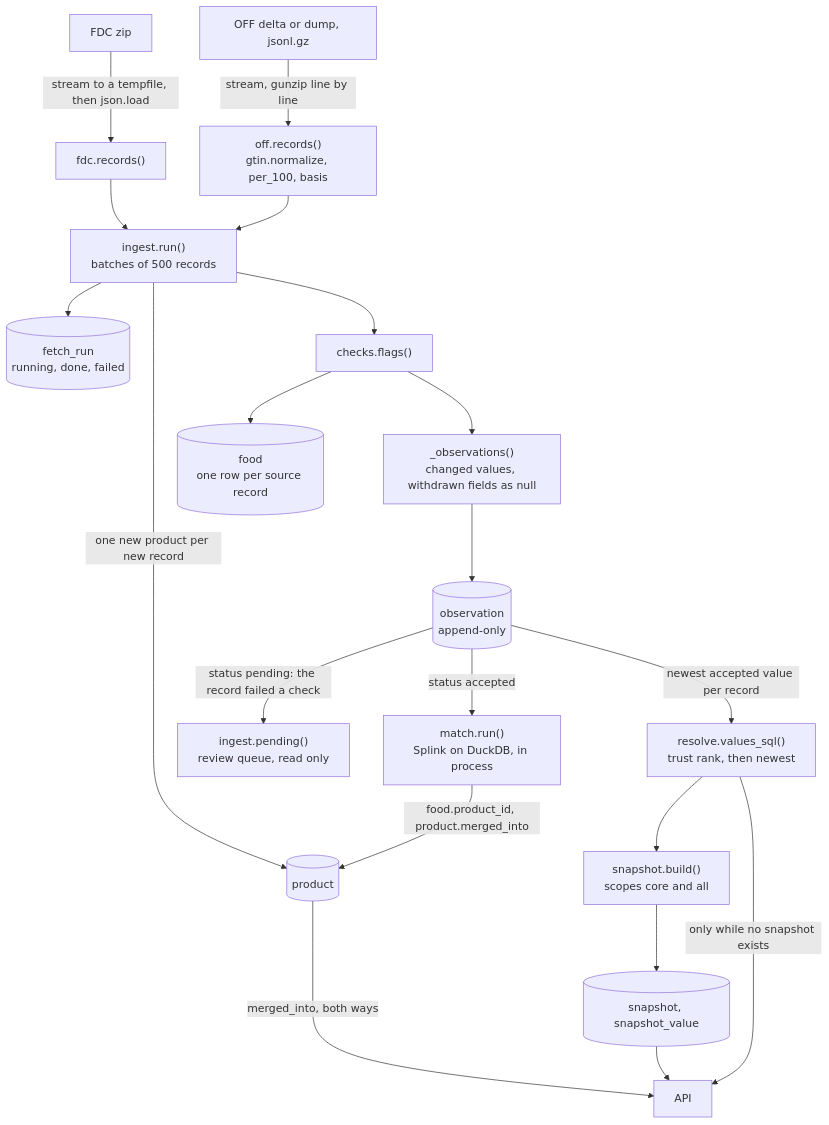
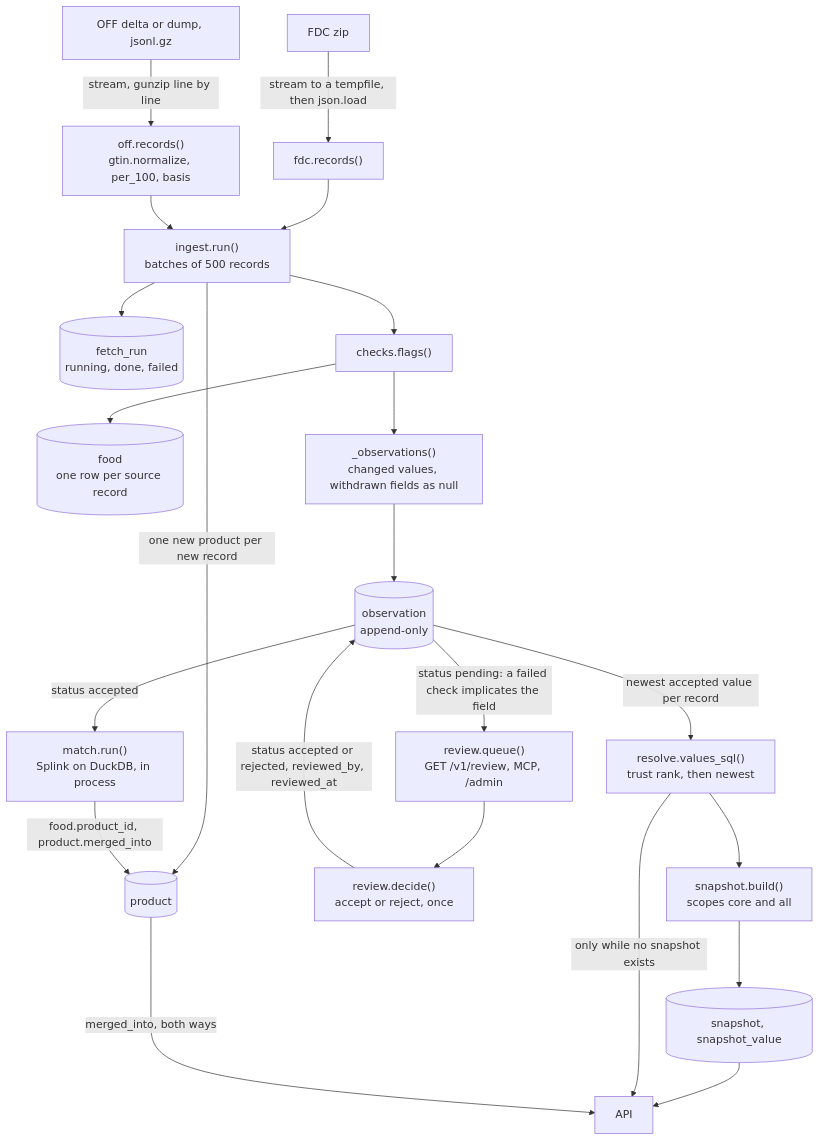
One commit to eait-fit/fooddb changed the third of 10 diagrams in docs/architecture.md. Above: the diagram before and after it, drawn with Mermaid. The commit also changed other lines of this file and 14 other files, not shown here.

First line of the commit message:
feat: review loop: per-field pending, accept/reject via API, MCP and SQLAdmin (#22)

````diff
--- a/docs/architecture.md
+++ b/docs/architecture.md
@@ -112,22 +115,24 @@
 ```mermaid
 flowchart TD
     fdcsrc["FDC zip"] -->|"stream to a tempfile, then json.load"| fdcrec["fdc.records()"]
     offsrc["OFF delta or dump, jsonl.gz"] -->|"stream, gunzip line by line"| offrec["off.records()<br/>gtin.normalize, per_100, basis"]
     fdcrec --> run["ingest.run()<br/>batches of 500 records"]
     offrec --> run
     run --> fr[("fetch_run<br/>running, done, failed")]
     run -->|"one new product per new record"| prod[("product")]
     run --> chk["checks.flags()"]
     chk --> foodt[("food<br/>one row per source record")]
     chk --> diff["_observations()<br/>changed values, withdrawn fields as null"]
     diff --> obs[("observation<br/>append-only")]
-    obs -->|"status pending: the record failed a check"| queue["ingest.pending()<br/>review queue, read only"]
+    obs -->|"status pending: a failed check implicates the field"| queue["review.queue()<br/>GET /v1/review, MCP, /admin"]
+    queue --> decide["review.decide()<br/>accept or reject, once"]
+    decide -->|"status accepted or rejected, reviewed_by, reviewed_at"| obs
     obs -->|"status accepted"| match["match.run()<br/>Splink on DuckDB, in process"]
     match -->|"food.product_id, product.merged_into"| prod
     obs -->|"newest accepted value per record"| resolver["resolve.values_sql()<br/>trust rank, then newest"]
     resolver --> snap["snapshot.build()<br/>scopes core and all"]
     snap --> sv[("snapshot, snapshot_value")]
     sv --> api["API"]
     resolver -->|"only while no snapshot exists"| api
     prod -->|"merged_into, both ways"| api
 ```
````
